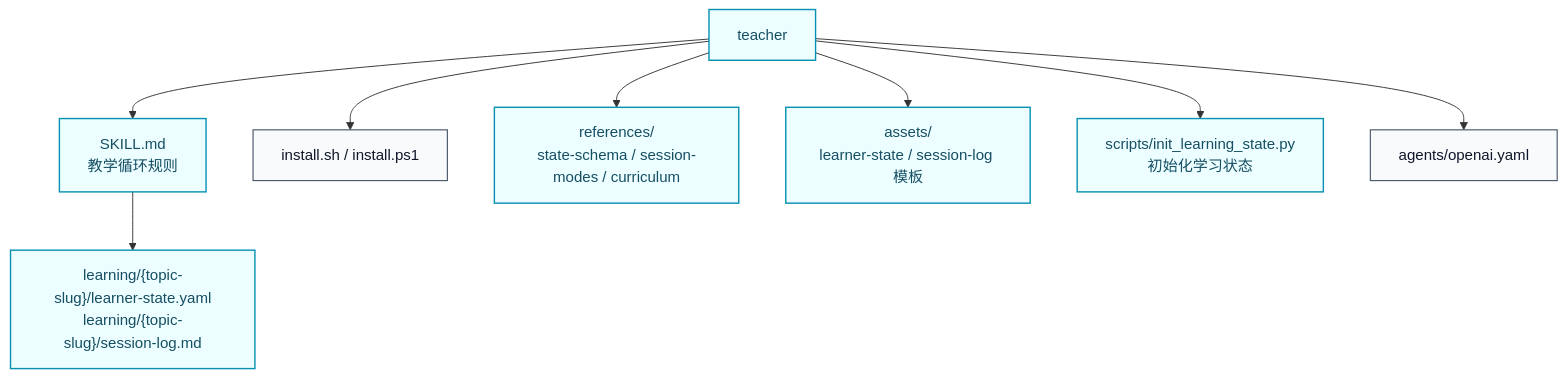
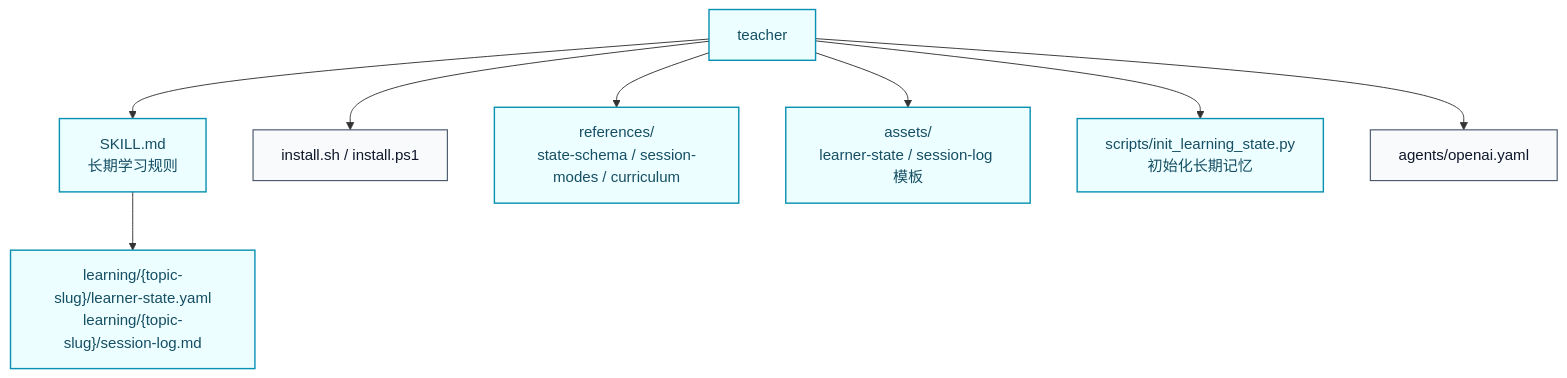
Before and after one commit to alphabetc1/skill-foundry: the third of 4 diagrams in README.md, drawn with Mermaid. The commit also changed other lines of this file and 1 other file, not shown here.

Commit message:
Refine repository and teacher docs

````diff
--- a/README.md
+++ b/README.md
@@ -227,18 +183,18 @@
 ```mermaid
 flowchart TD
     teacher["teacher"]
-    teacher --> runtime["SKILL.md<br/>教学循环规则"]
+    teacher --> runtime["SKILL.md<br/>长期学习规则"]
     teacher --> install["install.sh / install.ps1"]
     teacher --> refs["references/<br/>state-schema / session-modes / curriculum"]
     teacher --> assets["assets/<br/>learner-state / session-log 模板"]
-    teacher --> scripts["scripts/init_learning_state.py<br/>初始化学习状态"]
+    teacher --> scripts["scripts/init_learning_state.py<br/>初始化长期记忆"]
     teacher --> agents["agents/openai.yaml"]
 
-    runtime --> learning["learning/{topic-slug}/learner-state.yaml<br/>learning/{topic-slug}/session-log.md"]
+    runtime --> memory["learning/{topic-slug}/learner-state.yaml<br/>learning/{topic-slug}/session-log.md"]
 
     classDef core fill:#ECFEFF,stroke:#0891B2,color:#164E63,stroke-width:1.5px;
     classDef support fill:#F8FAFC,stroke:#475569,color:#0F172A,stroke-width:1.2px;
 
-    class teacher,runtime,learning,refs,assets,scripts core;
+    class teacher,runtime,memory,refs,assets,scripts core;
     class install,agents support;
 ```
````
